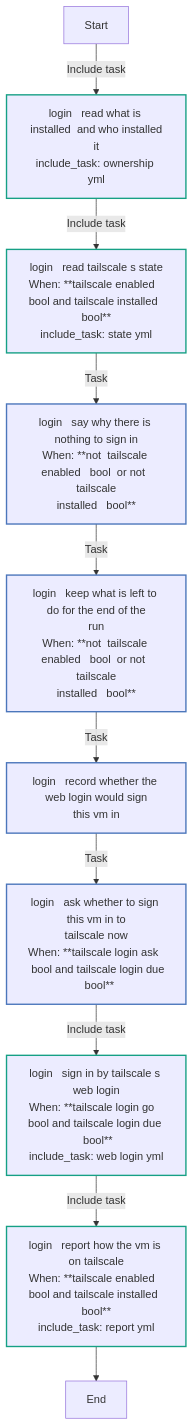
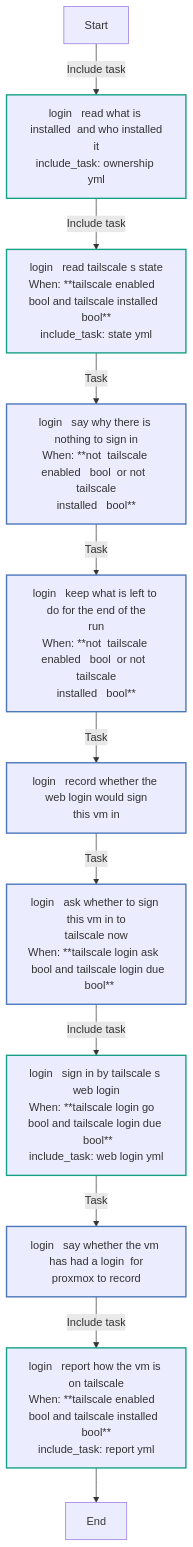
One commit to kawadeomkar/agent-warehouse changed the sixth of 13 diagrams in docs/reference/roles/tailscale.md. Above: the diagram before and after it, drawn with Mermaid. The commit also changed other lines of this file and 21 other files, not shown here.

First line of the commit message:
fix(tailscale): record every Tailscale login a run sees, VM by VM

````diff
--- a/docs/reference/roles/tailscale.md
+++ b/docs/reference/roles/tailscale.md
@@ -400,22 +402,23 @@
 ```mermaid
 flowchart TD
 Start
 classDef block stroke:#3498db,stroke-width:2px;
 classDef task stroke:#4b76bb,stroke-width:2px;
 classDef includeTasks stroke:#16a085,stroke-width:2px;
 classDef importTasks stroke:#34495e,stroke-width:2px;
 classDef includeRole stroke:#2980b9,stroke-width:2px;
 classDef importRole stroke:#699ba7,stroke-width:2px;
 classDef includeVars stroke:#8e44ad,stroke-width:2px;
 classDef rescue stroke:#665352,stroke-width:2px;
 
   Start-->|Include task| login___Read_what_is_installed__and_who_installed_it_ownership_yml_0[login   read what is installed  and who installed<br>it<br>include_task: ownership yml]:::includeTasks
   login___Read_what_is_installed__and_who_installed_it_ownership_yml_0-->|Include task| login___Read_Tailscale_s_state_state_yml_1[login   read tailscale s state<br>When: **tailscale enabled   bool and tailscale installed  <br>bool**<br>include_task: state yml]:::includeTasks
   login___Read_Tailscale_s_state_state_yml_1-->|Task| login___Say_why_there_is_nothing_to_sign_in2[login   say why there is nothing to sign in<br>When: **not  tailscale enabled   bool  or not  tailscale<br>installed   bool**]:::task
   login___Say_why_there_is_nothing_to_sign_in2-->|Task| login___Keep_what_is_left_to_do_for_the_end_of_the_run3[login   keep what is left to do for the end of the<br>run<br>When: **not  tailscale enabled   bool  or not  tailscale<br>installed   bool**]:::task
   login___Keep_what_is_left_to_do_for_the_end_of_the_run3-->|Task| login___Record_whether_the_web_login_would_sign_this_VM_in4[login   record whether the web login would sign<br>this vm in]:::task
   login___Record_whether_the_web_login_would_sign_this_VM_in4-->|Task| login___Ask_whether_to_sign_this_VM_in_to_Tailscale_now5[login   ask whether to sign this vm in to<br>tailscale now<br>When: **tailscale login ask   bool and tailscale login due<br>  bool**]:::task
   login___Ask_whether_to_sign_this_VM_in_to_Tailscale_now5-->|Include task| login___Sign_in_by_Tailscale_s_web_login_web_login_yml_6[login   sign in by tailscale s web login<br>When: **tailscale login go   bool and tailscale login due <br> bool**<br>include_task: web login yml]:::includeTasks
-  login___Sign_in_by_Tailscale_s_web_login_web_login_yml_6-->|Include task| login___Report_how_the_VM_is_on_Tailscale_report_yml_7[login   report how the vm is on tailscale<br>When: **tailscale enabled   bool and tailscale installed  <br>bool**<br>include_task: report yml]:::includeTasks
-  login___Report_how_the_VM_is_on_Tailscale_report_yml_7-->End
+  login___Sign_in_by_Tailscale_s_web_login_web_login_yml_6-->|Task| login___Say_whether_the_VM_has_had_a_login__for_Proxmox_to_record7[login   say whether the vm has had a login  for<br>proxmox to record]:::task
+  login___Say_whether_the_VM_has_had_a_login__for_Proxmox_to_record7-->|Include task| login___Report_how_the_VM_is_on_Tailscale_report_yml_8[login   report how the vm is on tailscale<br>When: **tailscale enabled   bool and tailscale installed  <br>bool**<br>include_task: report yml]:::includeTasks
+  login___Report_how_the_VM_is_on_Tailscale_report_yml_8-->End
 ```
````
